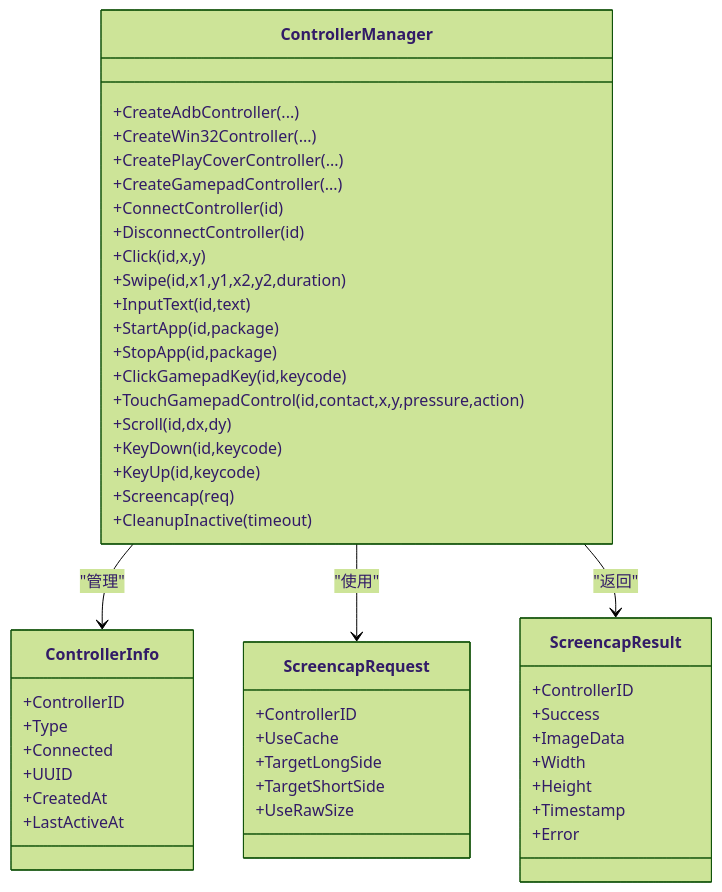
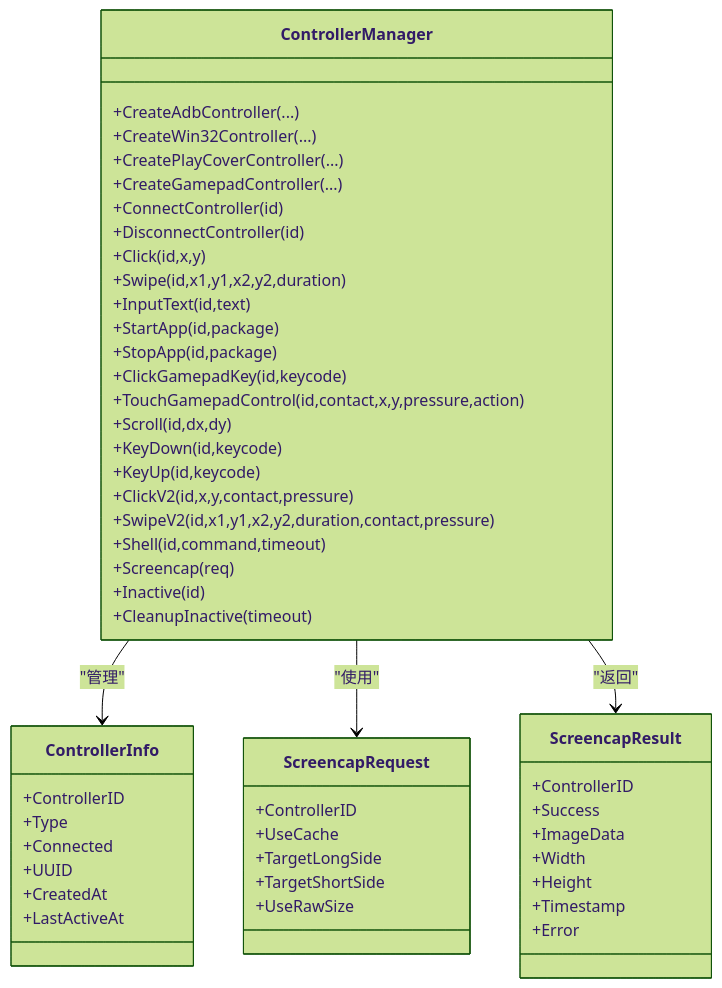
The fourth of 11 diagrams in .qoder/repowiki/zh/content/核心概念/通信协议/MFW协议.md (kqcoxn/MaaPipelineEditor), drawn with Mermaid (forest theme) before and after one commit. The commit also changed other lines of this file and 8 other files, not shown here.

````diff
--- a/.qoder/repowiki/zh/content/核心概念/通信协议/MFW协议.md
+++ b/.qoder/repowiki/zh/content/核心概念/通信协议/MFW协议.md
@@ -196,50 +207,54 @@
 ```mermaid
 classDiagram
 class ControllerManager {
 +CreateAdbController(...)
 +CreateWin32Controller(...)
 +CreatePlayCoverController(...)
 +CreateGamepadController(...)
 +ConnectController(id)
 +DisconnectController(id)
 +Click(id,x,y)
 +Swipe(id,x1,y1,x2,y2,duration)
 +InputText(id,text)
 +StartApp(id,package)
 +StopApp(id,package)
 +ClickGamepadKey(id,keycode)
 +TouchGamepadControl(id,contact,x,y,pressure,action)
 +Scroll(id,dx,dy)
 +KeyDown(id,keycode)
 +KeyUp(id,keycode)
++ClickV2(id,x,y,contact,pressure)
++SwipeV2(id,x1,y1,x2,y2,duration,contact,pressure)
++Shell(id,command,timeout)
 +Screencap(req)
++Inactive(id)
 +CleanupInactive(timeout)
 }
 class ControllerInfo {
 +ControllerID
 +Type
 +Connected
 +UUID
 +CreatedAt
 +LastActiveAt
 }
 class ScreencapRequest {
 +ControllerID
 +UseCache
 +TargetLongSide
 +TargetShortSide
 +UseRawSize
 }
 class ScreencapResult {
 +ControllerID
 +Success
 +ImageData
 +Width
 +Height
 +Timestamp
 +Error
 }
 ControllerManager --> ControllerInfo : "管理"
 ControllerManager --> ScreencapRequest : "使用"
 ControllerManager --> ScreencapResult : "返回"
 ```
````
